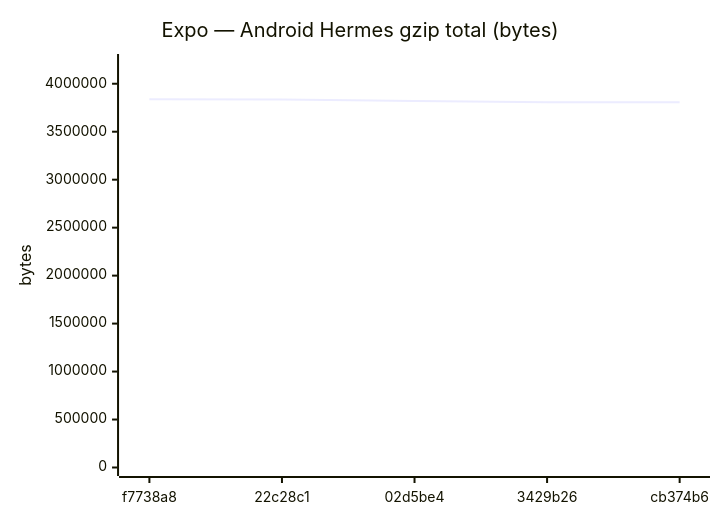
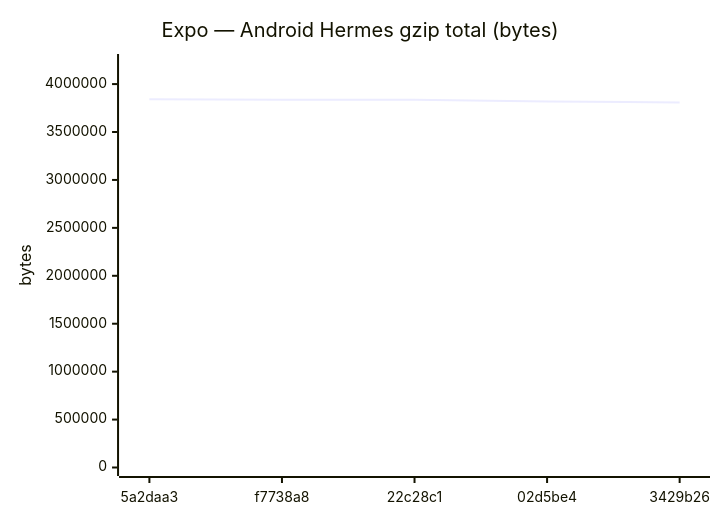
Diagram 11 of 18 in benchmarks/compare.md (Metaheurist/Rianell), drawn with Mermaid before and after one commit. The commit also changed other lines of this file and 11 other files, not shown here.

````diff
--- a/benchmarks/compare.md
+++ b/benchmarks/compare.md
@@ -172,7 +172,7 @@
 ```mermaid
 xychart-beta
     title "Expo — Android Hermes gzip total (bytes)"
-    x-axis ["f7738a8", "22c28c1", "02d5be4", "3429b26", "cb374b6"]
-    y-axis "bytes" 0 --> 4221380
-    line [3837618, 3836645, 3819535, 3807947, 3807947]
+    x-axis ["5a2daa3", "f7738a8", "22c28c1", "02d5be4", "3429b26"]
+    y-axis "bytes" 0 --> 4225196
+    line [3841087, 3837618, 3836645, 3819535, 3807947]
 ```
````
